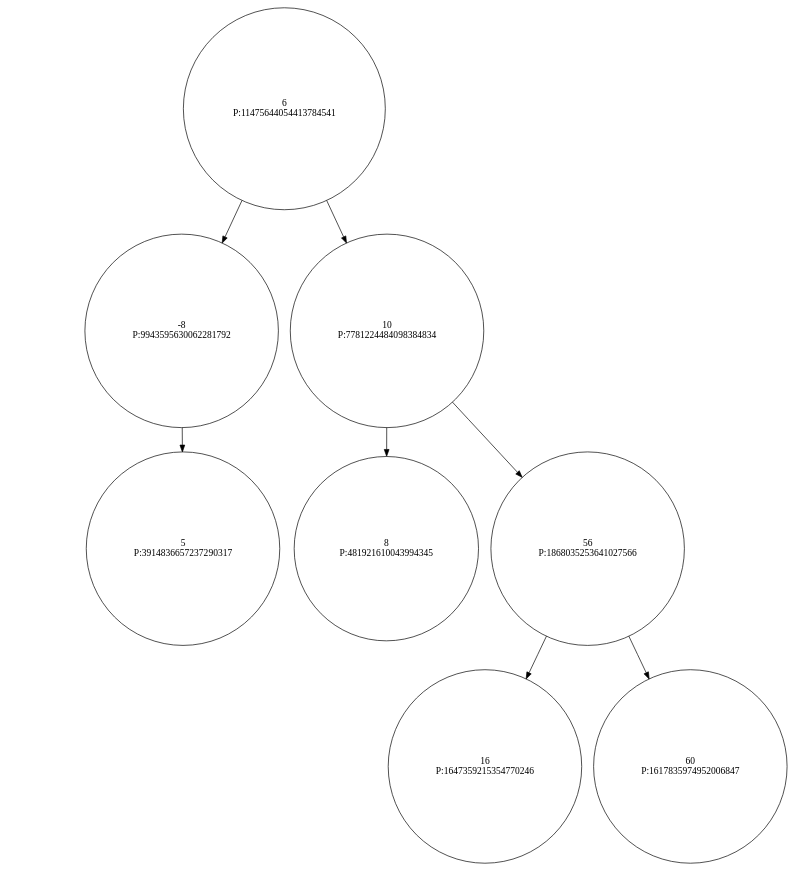
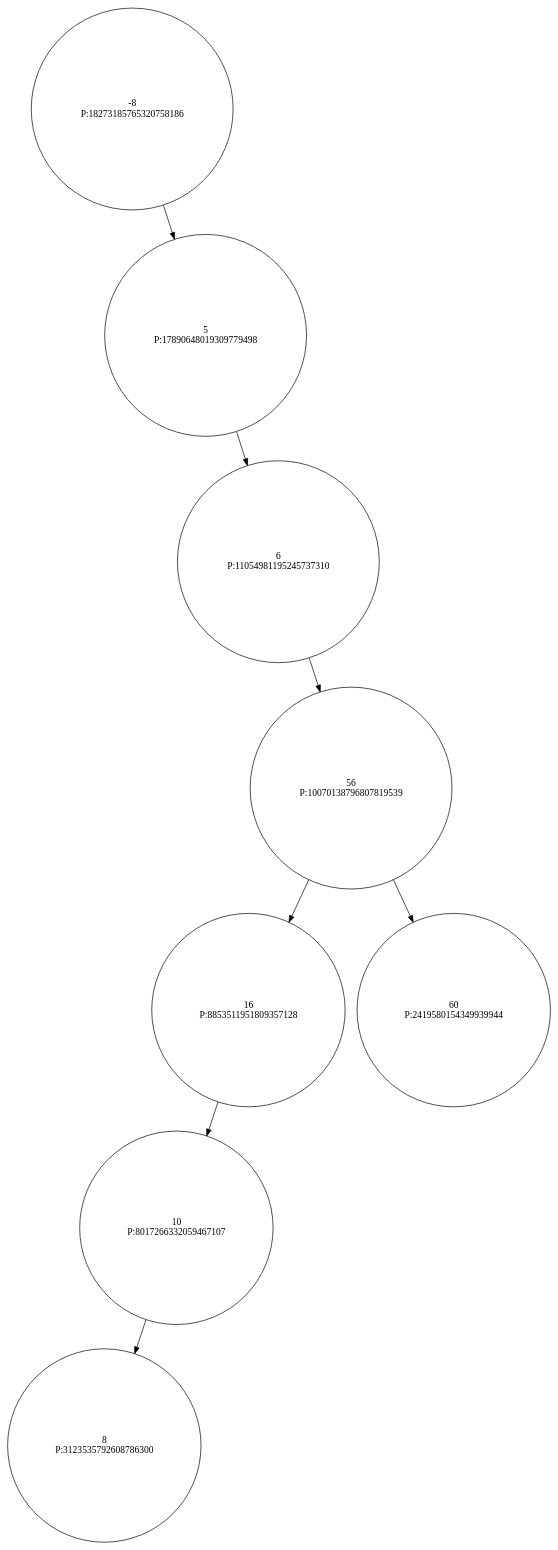
Before and after one commit to Ritaa-Marie/Trabalho-Arvores-AEDES2: the diagram in data/output/dot/treap2.dot, drawn with Graphviz. The commit also changed 21 other files, not shown here.

```diff
--- a/data/output/dot/treap2.dot
+++ b/data/output/dot/treap2.dot
@@ -1,20 +1,28 @@
 digraph Treap {
    node [shape=circle];
-  6 [label="6\nP:11475644054413784541"];
-  "6" -> "-8";
-  -8 [label="-8\nP:9943595630062281792"];
+  -8 [label="-8\nP:18273185765320758186"];
   "null_l_-8" [style=invis];
   "-8" -> "null_l_-8" [style=invis];
   "-8" -> "5";
-  5 [label="5\nP:3914836657237290317"];
-  "6" -> "10";
-  10 [label="10\nP:7781224484098384834"];
+  5 [label="5\nP:17890648019309779498"];
+  "null_l_5" [style=invis];
+  "5" -> "null_l_5" [style=invis];
+  "5" -> "6";
+  6 [label="6\nP:11054981195245737310"];
+  "null_l_6" [style=invis];
+  "6" -> "null_l_6" [style=invis];
+  "6" -> "56";
+  56 [label="56\nP:10070138796807819539"];
+  "56" -> "16";
+  16 [label="16\nP:8853511951809357128"];
+  "16" -> "10";
+  10 [label="10\nP:8017266332059467107"];
   "10" -> "8";
-  8 [label="8\nP:481921610043994345"];
-  "10" -> "56";
-  56 [label="56\nP:1868035253641027566"];
-  "56" -> "16";
-  16 [label="16\nP:1647359215354770246"];
+  8 [label="8\nP:3123535792608786300"];
+  "null_r_10" [style=invis];
+  "10" -> "null_r_10" [style=invis];
+  "null_r_16" [style=invis];
+  "16" -> "null_r_16" [style=invis];
   "56" -> "60";
-  60 [label="60\nP:1617835974952006847"];
+  60 [label="60\nP:2419580154349939944"];
 }
```
